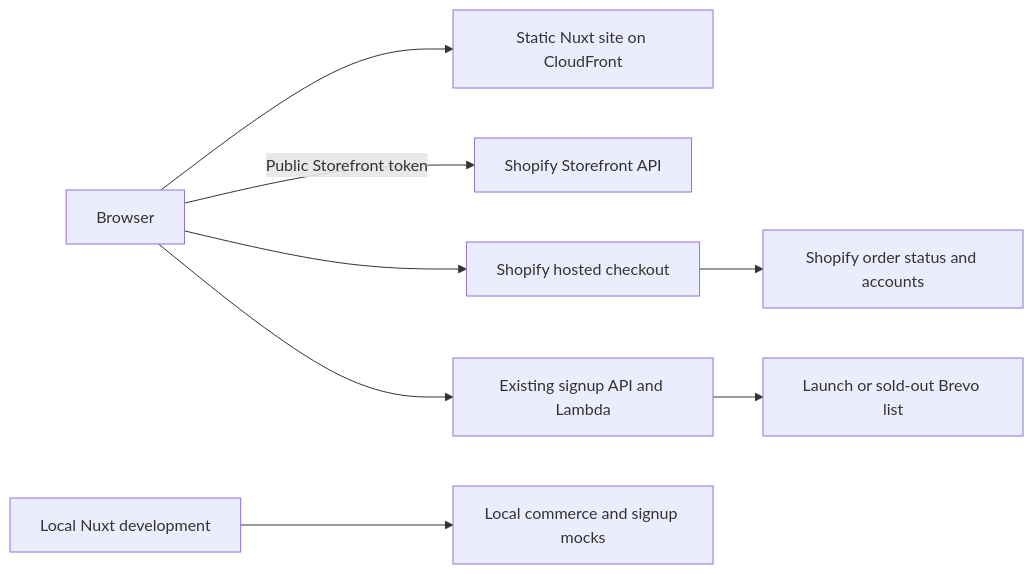
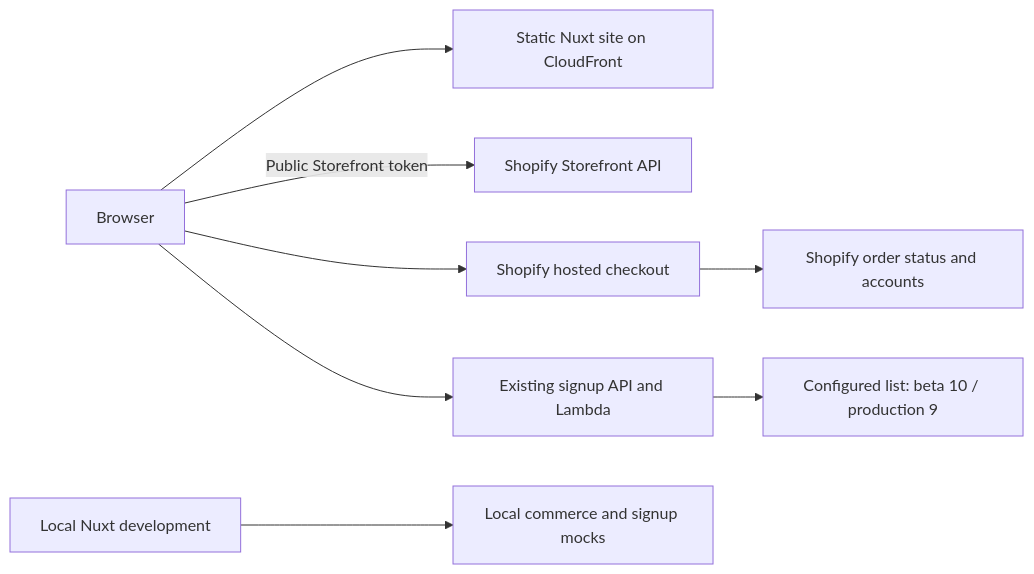
One commit to flat-girl/website changed the diagram in docs/plans/shopify-integration-plan.md. Above: the diagram before and after it, drawn with Mermaid. The commit also changed other lines of this file and 29 other files, not shown here.

````diff
--- a/docs/plans/shopify-integration-plan.md
+++ b/docs/plans/shopify-integration-plan.md
@@ -122,10 +124,10 @@
 ```mermaid
 flowchart LR
   Visitor[Browser] --> Static[Static Nuxt site on CloudFront]
   Visitor -->|Public Storefront token| Storefront[Shopify Storefront API]
   Visitor --> Checkout[Shopify hosted checkout]
   Checkout --> Account[Shopify order status and accounts]
   Visitor --> Signup[Existing signup API and Lambda]
-  Signup --> Brevo[Launch or sold-out Brevo list]
+  Signup --> Brevo[Configured list: beta 10 / production 9]
   Dev[Local Nuxt development] --> Mocks[Local commerce and signup mocks]
 ```
````
